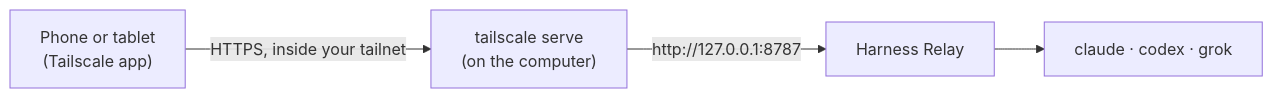
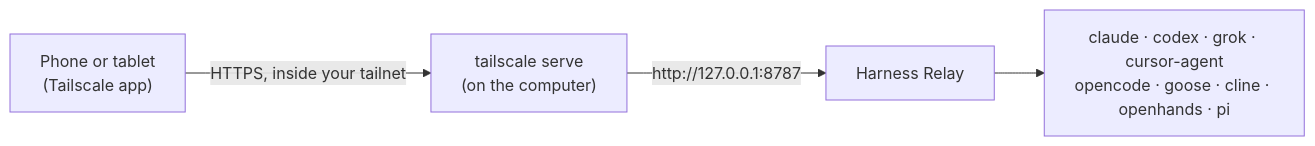
One commit to Agentic-System-Lab/harness-relay changed the diagram in docs/remote-access.md. Above: the diagram before and after it, drawn with Mermaid. The commit also changed other lines of this file and 307 other files, not shown here.

````diff
--- a/docs/remote-access.md
+++ b/docs/remote-access.md
@@ -7,6 +7,6 @@
 ```mermaid
 flowchart LR
   P["Phone or tablet<br/>(Tailscale app)"] -- "HTTPS, inside your tailnet" --> S["tailscale serve<br/>(on the computer)"]
   S -- "http://127.0.0.1:8787" --> R["Harness Relay"]
-  R --> A["claude · codex · grok"]
+  R --> A["claude · codex · grok · cursor-agent<br/>opencode · goose · cline · openhands · pi"]
 ```
````
